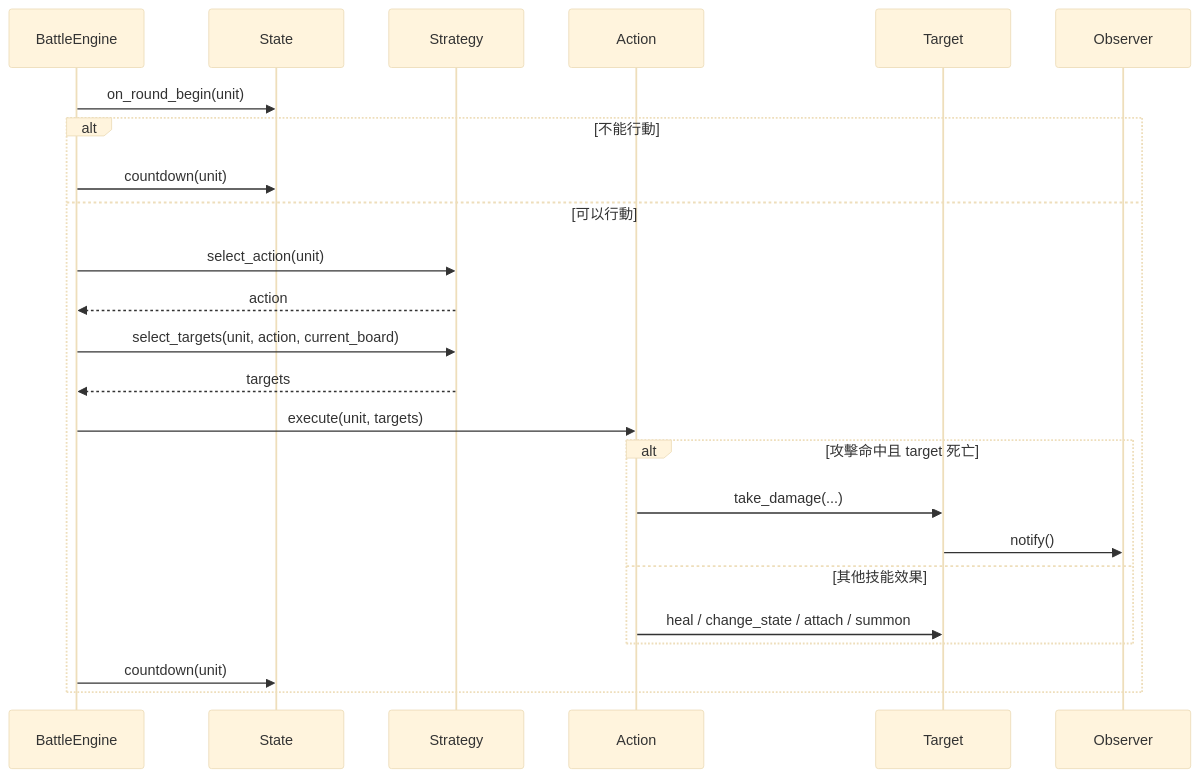
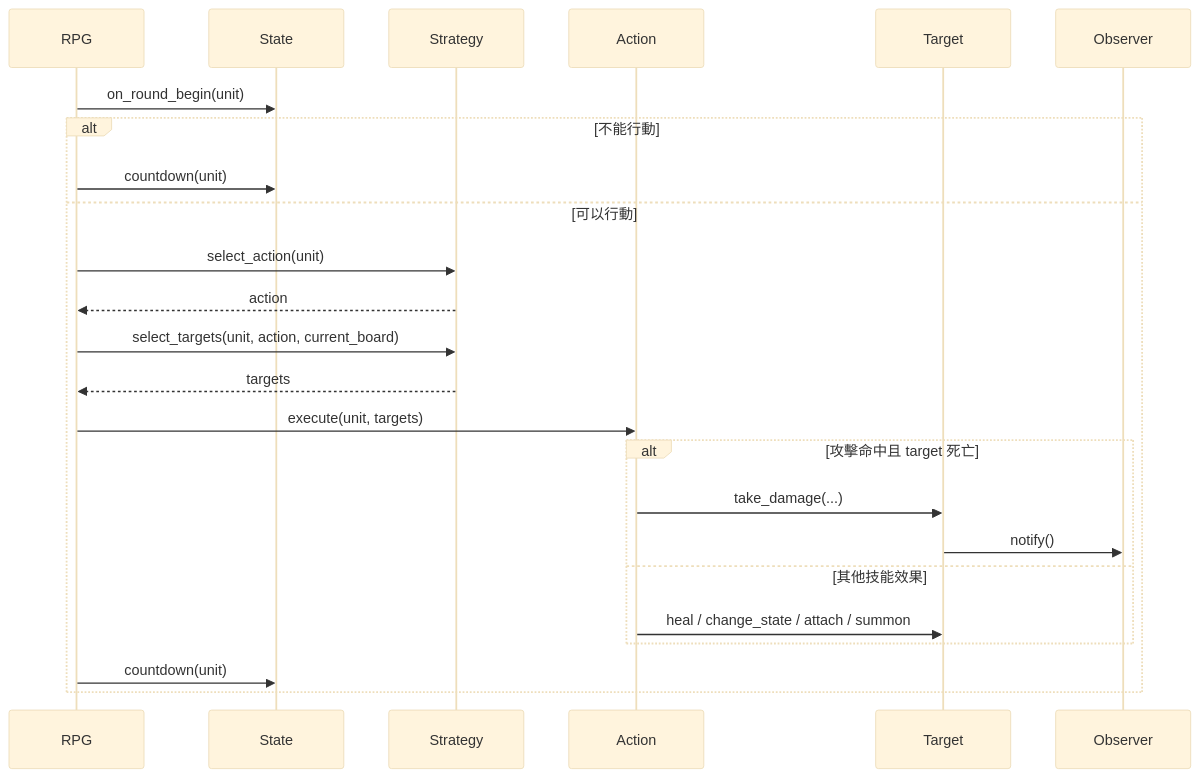
One commit to tanguitar8093/Software-Design-Pattern-HW changed the second of 2 diagrams in homework5_rpg/v3/docs/OOD/專案循序圖_v2.md. Above: the diagram before and after it, drawn with Mermaid (base theme). The commit also changed other lines of this file and 14 other files, not shown here.

````diff
--- a/homework5_rpg/v3/docs/OOD/專案循序圖_v2.md
+++ b/homework5_rpg/v3/docs/OOD/專案循序圖_v2.md
@@ -60,30 +60,30 @@
 ```mermaid
 sequenceDiagram
-    participant E as BattleEngine
+    participant E as RPG
     participant S as State
     participant P as Strategy
     participant A as Action
     participant T as Target
     participant O as Observer
 
     E->>S: on_round_begin(unit)
 
     alt 不能行動
         E->>S: countdown(unit)
     else 可以行動
         E->>P: select_action(unit)
         P-->>E: action
         E->>P: select_targets(unit, action, current_board)
         P-->>E: targets
         E->>A: execute(unit, targets)
 
         alt 攻擊命中且 target 死亡
             A->>T: take_damage(...)
             T->>O: notify()
         else 其他技能效果
             A->>T: heal / change_state / attach / summon
         end
 
         E->>S: countdown(unit)
     end
 ```
````
